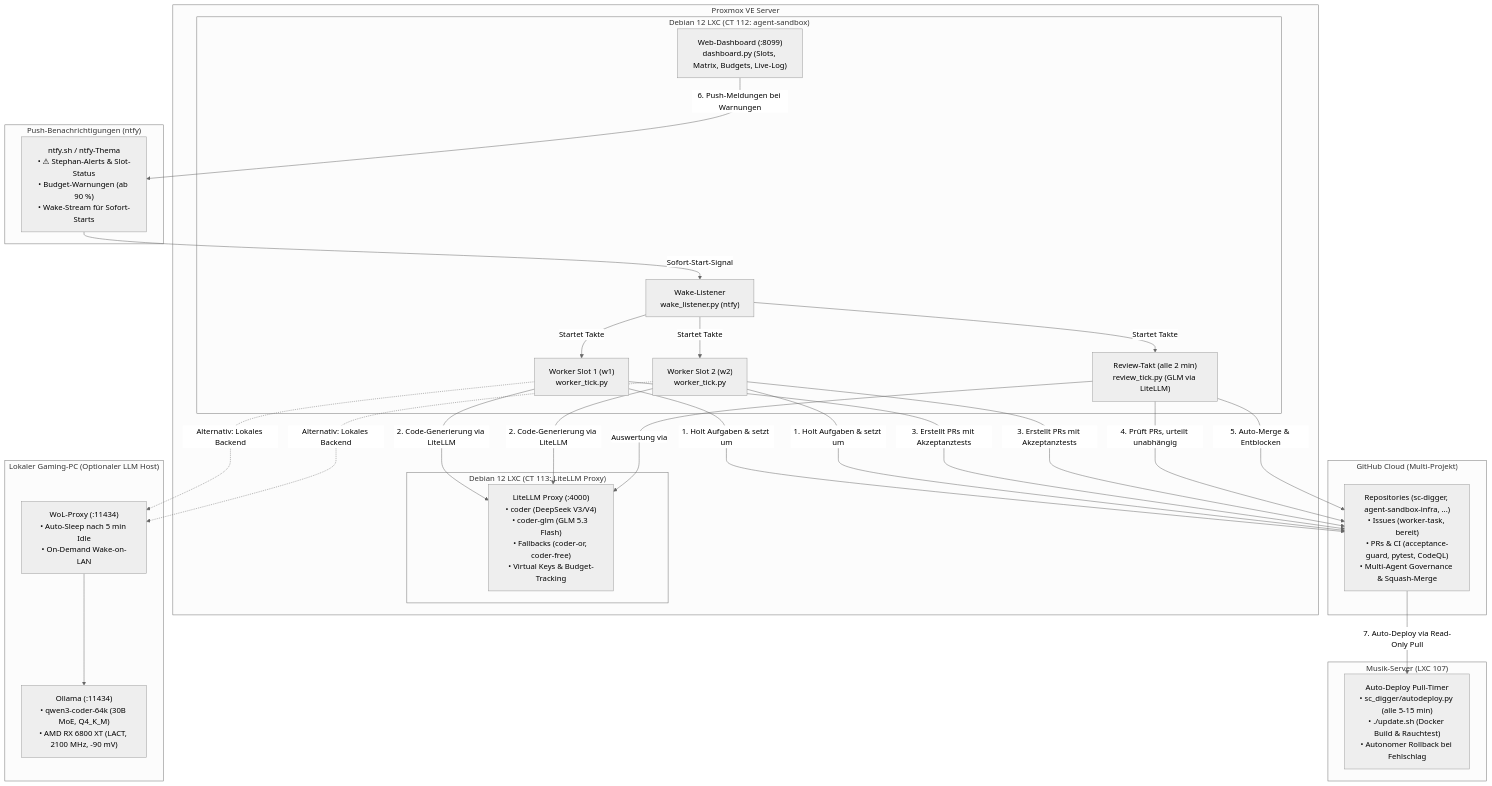
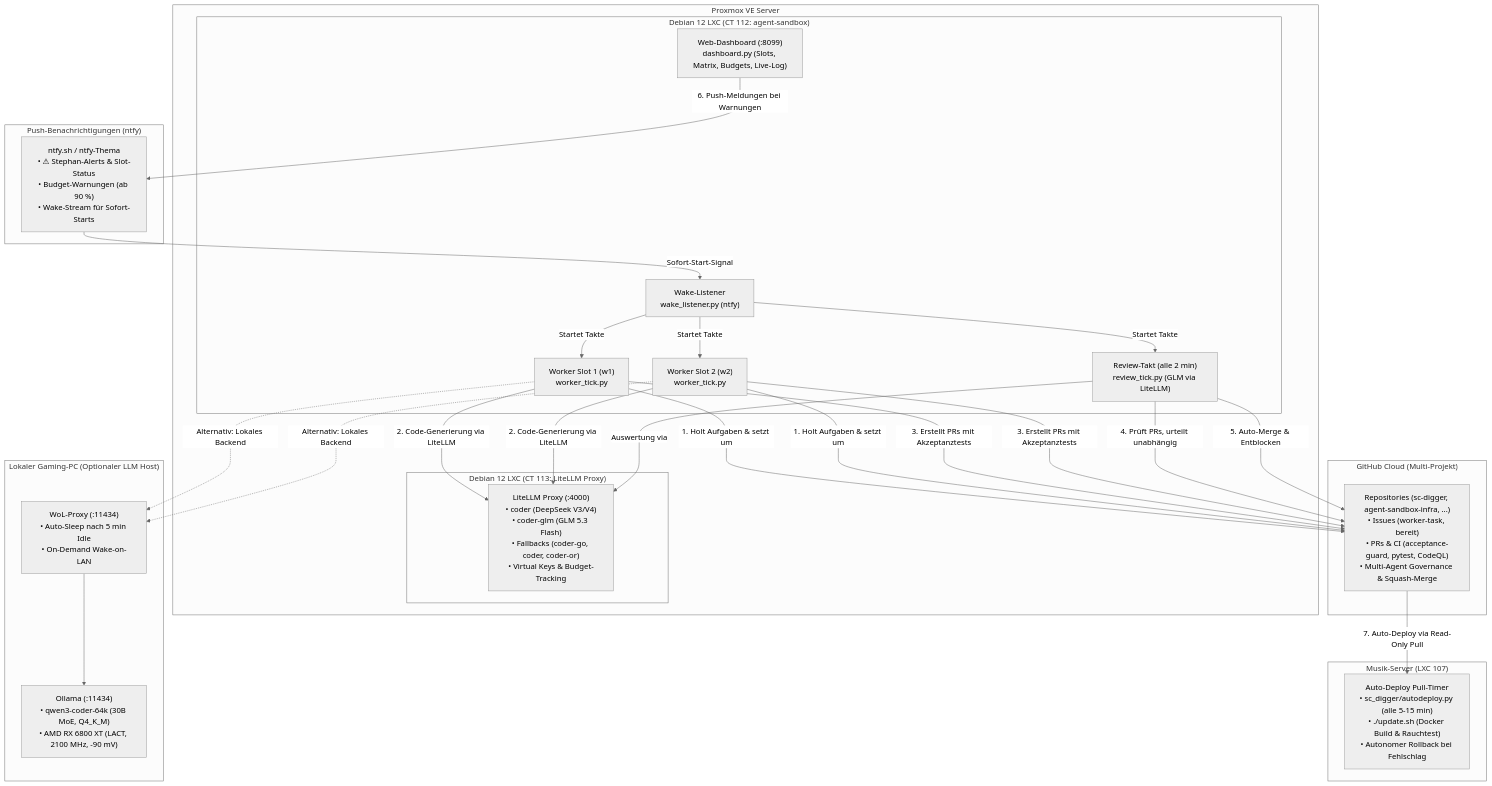
The diagram in README.md (tripitest-art/agent-sandbox-infra), drawn with Mermaid (neutral theme) before and after one commit. The commit also changed other lines of this file and 5 other files, not shown here.

First line of the commit message:
worker_tick: Ausweichreihenfolge Go → DeepSeek-API → OpenRouter mit Guthabenhinweis (#293)

````diff
--- a/README.md
+++ b/README.md
@@ -9,49 +9,49 @@
 ```mermaid
 flowchart TD
     subgraph GitHub["GitHub Cloud (Multi-Projekt)"]
         REPO["Repositories (sc-digger, agent-sandbox-infra, ...)<br>• Issues (worker-task, bereit)<br>• PRs & CI (acceptance-guard, pytest, CodeQL)<br>• Multi-Agent Governance & Squash-Merge"]
     end
 
     subgraph Proxmox["Proxmox VE Server"]
         subgraph CT112["Debian 12 LXC (CT 112: agent-sandbox)"]
             W1["Worker Slot 1 (w1)<br>worker_tick.py"]
             W2["Worker Slot 2 (w2)<br>worker_tick.py"]
             REV["Review-Takt (alle 2 min)<br>review_tick.py (GLM via LiteLLM)"]
             DASH["Web-Dashboard (:8099)<br>dashboard.py (Slots, Matrix, Budgets, Live-Log)"]
             WAKE["Wake-Listener<br>wake_listener.py (ntfy)"]
         end
 
         subgraph LXC113["Debian 12 LXC (CT 113: LiteLLM Proxy)"]
-            LLM_PROXY["LiteLLM Proxy (:4000)<br>• coder (DeepSeek V3/V4)<br>• coder-glm (GLM 5.3 Flash)<br>• Fallbacks (coder-or, coder-free)<br>• Virtual Keys & Budget-Tracking"]
+            LLM_PROXY["LiteLLM Proxy (:4000)<br>• coder (DeepSeek V3/V4)<br>• coder-glm (GLM 5.3 Flash)<br>• Fallbacks (coder-go, coder, coder-or)<br>• Virtual Keys & Budget-Tracking"]
         end
     end
 
     subgraph LLM_Host["Lokaler Gaming-PC (Optionaler LLM Host)"]
         WOL_PROXY["WoL-Proxy (:11434)<br>• Auto-Sleep nach 5 min Idle<br>• On-Demand Wake-on-LAN"]
         OLLAMA["Ollama (:11434)<br>• qwen3-coder-64k (30B MoE, Q4_K_M)<br>• AMD RX 6800 XT (LACT, 2100 MHz, -90 mV)"]
         WOL_PROXY --> OLLAMA
     end
 
     subgraph Notifications["Push-Benachrichtigungen (ntfy)"]
         NTFY["ntfy.sh / ntfy-Thema<br>• ⚠ Stephan-Alerts & Slot-Status<br>• Budget-Warnungen (ab 90 %)<br>• Wake-Stream für Sofort-Starts"]
     end
 
     subgraph MusicServer["Musik-Server (LXC 107)"]
         DEPLOY["Auto-Deploy Pull-Timer<br>• sc_digger/autodeploy.py (alle 5-15 min)<br>• ./update.sh (Docker Build & Rauchtest)<br>• Autonomer Rollback bei Fehlschlag"]
     end
 
     W1 & W2 -->|1. Holt Aufgaben & setzt um| REPO
     W1 & W2 -->|2. Code-Generierung via LiteLLM| LLM_PROXY
     W1 & W2 -.->|Alternativ: Lokales Backend| WOL_PROXY
     W1 & W2 -->|3. Erstellt PRs mit Akzeptanztests| REPO
 
     REV -->|4. Prüft PRs, urteilt unabhängig| REPO
     REV -->|5. Auto-Merge & Entblocken| REPO
     REV -->|Auswertung via| LLM_PROXY
 
     DASH -->|6. Push-Meldungen bei Warnungen| NTFY
     NTFY -->|Sofort-Start-Signal| WAKE
     WAKE -->|Startet Takte| W1 & W2 & REV
 
     REPO -->|7. Auto-Deploy via Read-Only Pull| DEPLOY
 ```
````
